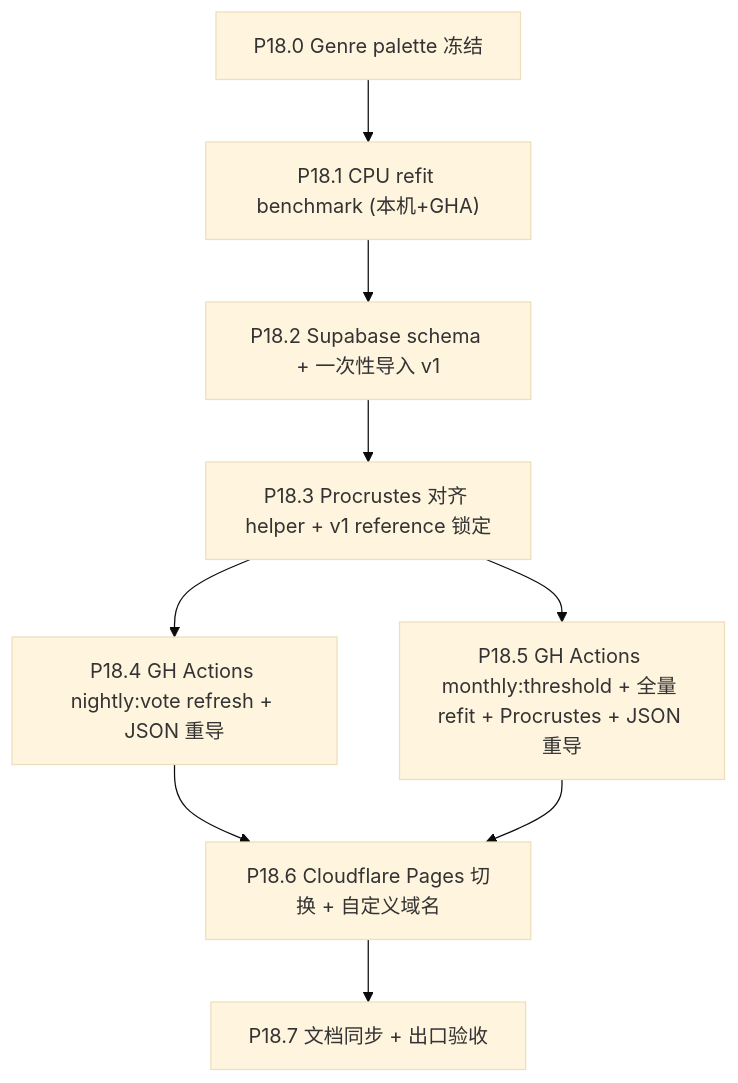
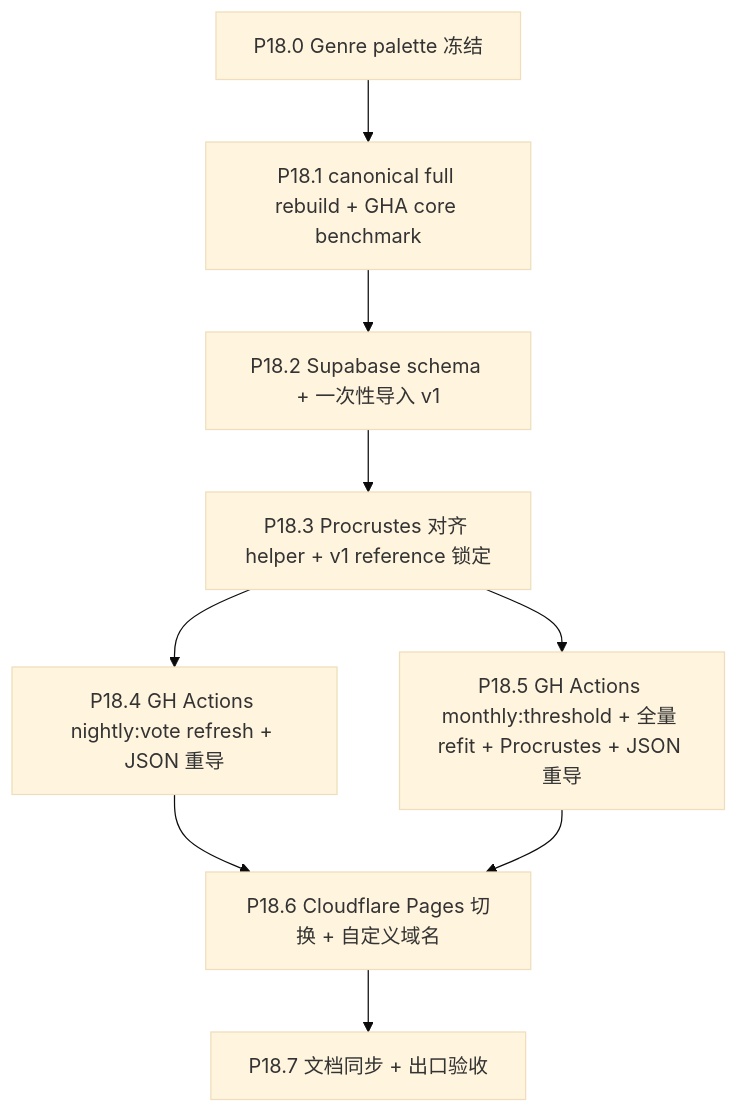
The second of 2 diagrams in .cursor/plans/phase_18_data_infrastructure_9ccb7a3f.plan.md (XYBuilds/chronicle_v3_3d_galaxy), drawn with Mermaid (base theme) before and after one commit. The commit also changed other lines of this file, not shown here.

````diff
--- a/.cursor/plans/phase_18_data_infrastructure_9ccb7a3f.plan.md
+++ b/.cursor/plans/phase_18_data_infrastructure_9ccb7a3f.plan.md
@@ -104,20 +104,20 @@
 ```mermaid
 flowchart TD
     P180[P18.0 Genre palette 冻结]
-    P181["P18.1 CPU refit benchmark (本机+GHA)"]
+    P181["P18.1 canonical full rebuild + GHA core benchmark"]
     P182[P18.2 Supabase schema + 一次性导入 v1]
     P183[P18.3 Procrustes 对齐 helper + v1 reference 锁定]
     P184[P18.4 GH Actions nightly:vote refresh + JSON 重导]
     P185[P18.5 GH Actions monthly:threshold + 全量 refit + Procrustes + JSON 重导]
     P186[P18.6 Cloudflare Pages 切换 + 自定义域名]
     P187[P18.7 文档同步 + 出口验收]
 
     P180 --> P181
     P181 --> P182
     P182 --> P183
     P183 --> P184
     P183 --> P185
     P184 --> P186
     P185 --> P186
     P186 --> P187
 ```
````
